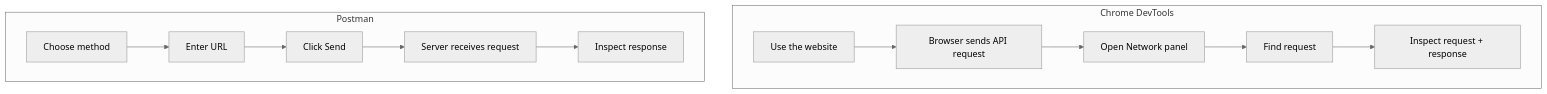
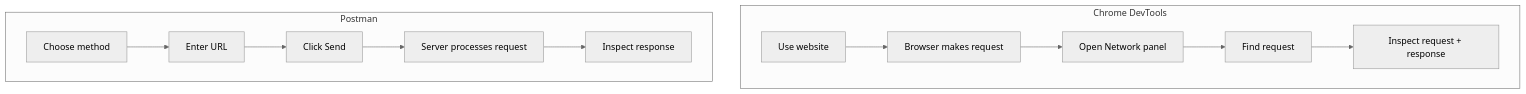
Before and after one commit to reltronersk/skill-wanderer-progress-documentation: diagram 20 of 26 in module-0-1/README.md, drawn with Mermaid (neutral theme). The commit also changed other lines of this file, not shown here.

````diff
--- a/module-0-1/README.md
+++ b/module-0-1/README.md
@@ -756,20 +741,22 @@
 ```mermaid
 flowchart TB
     subgraph DEV["Chrome DevTools"]
-        A1[Use the website]
-        A2[Browser sends API request]
-        A3[Open Network panel]
-        A4[Find request]
-        A5[Inspect request + response]
+        A1["Use website"]
+        A2["Browser makes request"]
+        A3["Open Network panel"]
+        A4["Find request"]
+        A5["Inspect request + response"]
+
         A1 --> A2 --> A3 --> A4 --> A5
     end
 
     subgraph PM["Postman"]
-        B1[Choose method]
-        B2[Enter URL]
-        B3[Click Send]
-        B4[Server receives request]
-        B5[Inspect response]
+        B1["Choose method"]
+        B2["Enter URL"]
+        B3["Click Send"]
+        B4["Server processes request"]
+        B5["Inspect response"]
+
         B1 --> B2 --> B3 --> B4 --> B5
     end
 ```
````
